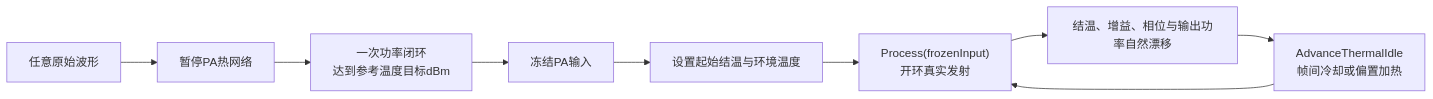
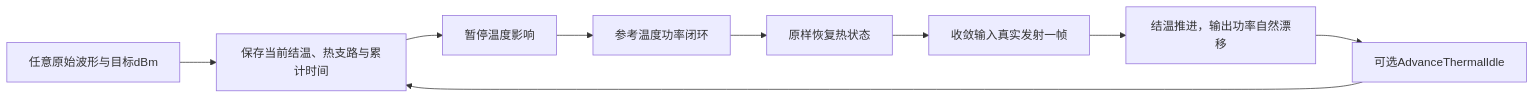
The eighth of 8 diagrams in doc/Channel.md (niyilu45/DPD_ILC), drawn with Mermaid before and after one commit. The commit also changed other lines of this file and 10 other files, not shown here.

````diff
--- a/doc/Channel.md
+++ b/doc/Channel.md
@@ -2280,11 +2283,11 @@
 ```mermaid
 flowchart LR
-    raw["任意原始波形"] --> suspend["暂停PA热网络"]
-    suspend --> calibrate["一次功率闭环<br/>达到参考温度目标dBm"]
-    calibrate --> frozen["冻结PA输入"]
-    frozen --> reset["设置起始结温与环境温度"]
-    reset --> frame["Process(frozenInput)<br/>开环真实发射"]
-    frame --> drift["结温、增益、相位与输出功率自然漂移"]
-    drift --> idle["AdvanceThermalIdle<br/>帧间冷却或偏置加热"]
-    idle --> frame
+    raw["任意原始波形与目标dBm"] --> snapshot["保存当前结温、热支路与累计时间"]
+    snapshot --> suspend["暂停温度影响"]
+    suspend --> calibrate["参考温度功率闭环"]
+    calibrate --> restore["原样恢复热状态"]
+    restore --> frame["收敛输入真实发射一帧"]
+    frame --> drift["结温推进，输出功率自然漂移"]
+    drift --> idle["可选AdvanceThermalIdle"]
+    idle --> snapshot
 ```
````
